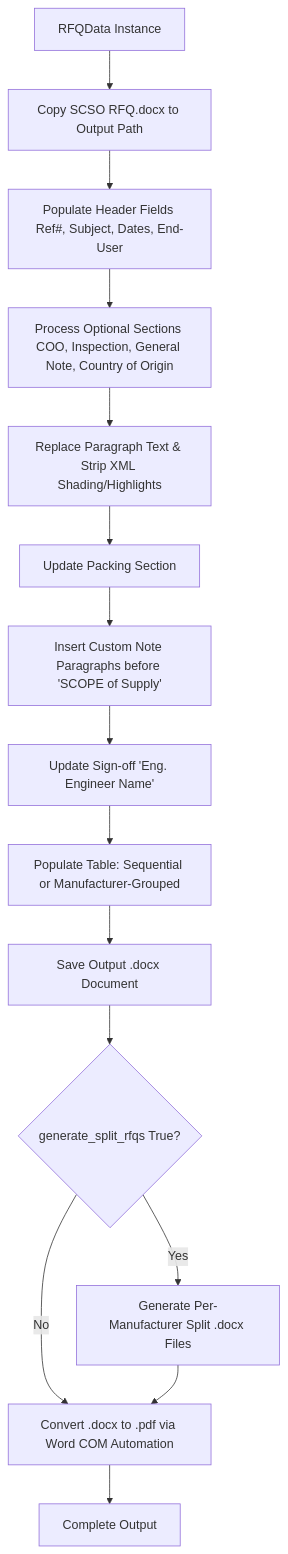
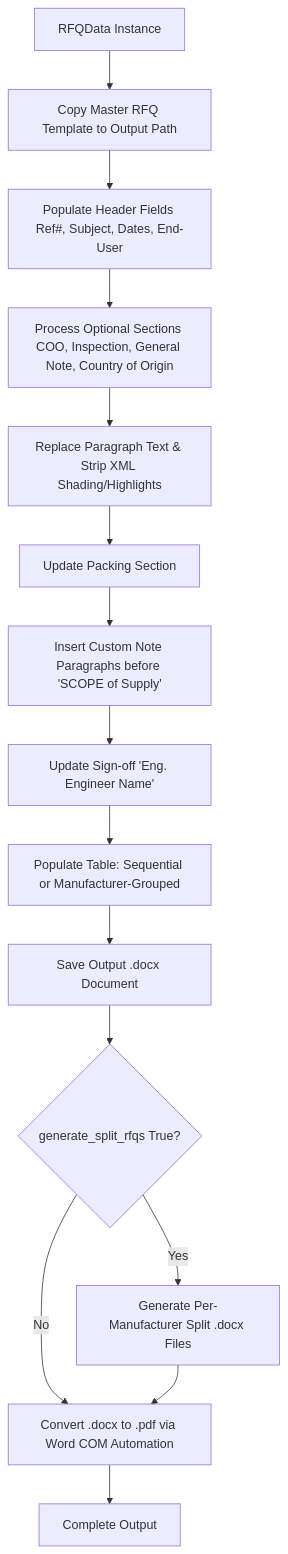
The second of 2 diagrams in PROJECT_CONTEXT.md (mo-raaed/scso-rfq-tool), drawn with Mermaid before and after one commit. The commit also changed other lines of this file and 2 other files, not shown here.

Commit message:
Scrub all proprietary company names, client details, and template text to generic language

````diff
--- a/PROJECT_CONTEXT.md
+++ b/PROJECT_CONTEXT.md
@@ -220,17 +220,17 @@
 ```mermaid
 graph TD
-    RFQData[RFQData Instance] --> CopyTemplate[Copy SCSO RFQ.docx to Output Path]
+    RFQData[RFQData Instance] --> CopyTemplate[Copy Master RFQ Template to Output Path]
     CopyTemplate --> HeaderPopulate[Populate Header Fields Ref#, Subject, Dates, End-User]
     HeaderPopulate --> SectionProc[Process Optional Sections COO, Inspection, General Note, Country of Origin]
     SectionProc --> MultiLineReplace[Replace Paragraph Text & Strip XML Shading/Highlights]
     MultiLineReplace --> PackingProc[Update Packing Section]
     PackingProc --> CustomNotes[Insert Custom Note Paragraphs before 'SCOPE of Supply']
     CustomNotes --> SignOff[Update Sign-off 'Eng. Engineer Name']
     SignOff --> TablePopulate[Populate Table: Sequential or Manufacturer-Grouped]
     TablePopulate --> SaveDocx[Save Output .docx Document]
     SaveDocx --> SplitCheck{generate_split_rfqs True?}
     SplitCheck -->|Yes| SplitGen[Generate Per-Manufacturer Split .docx Files]
     SplitCheck -->|No| PDFConv[Convert .docx to .pdf via Word COM Automation]
     SplitGen --> PDFConv
     PDFConv --> Done[Complete Output]
 ```
````
